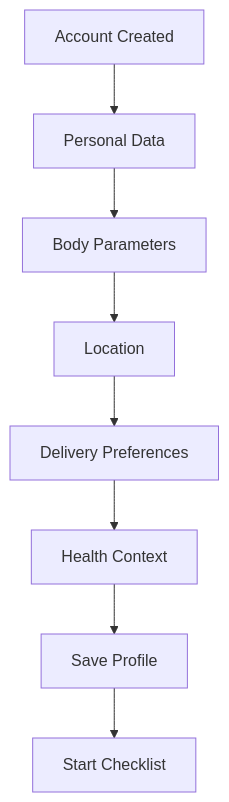
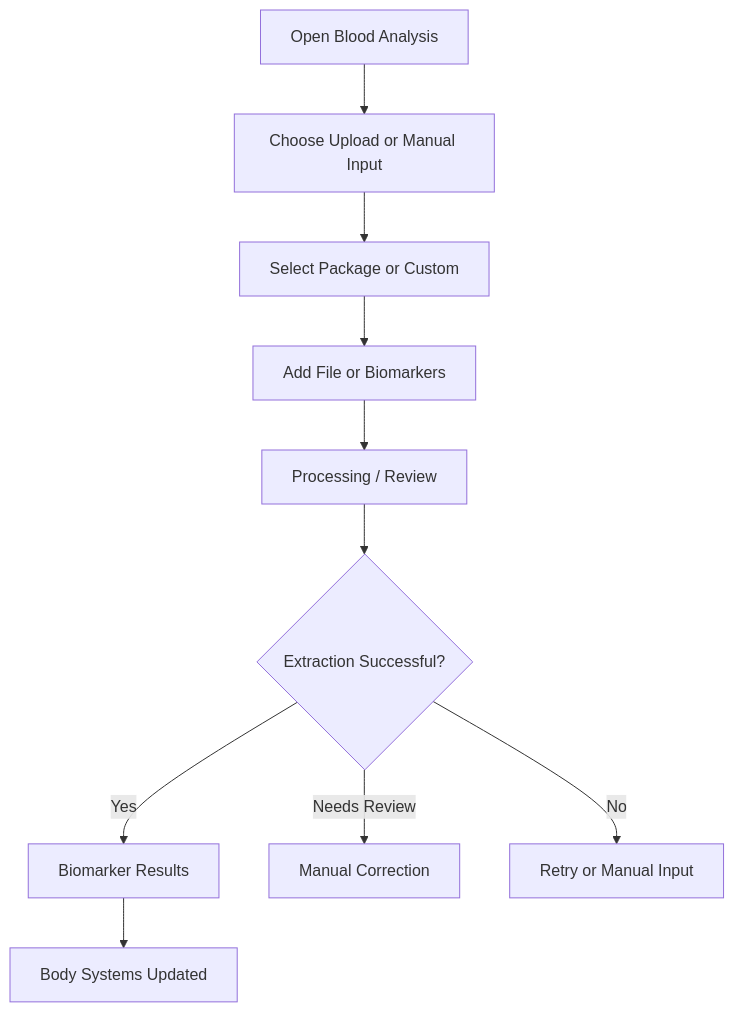
One commit to Yaroslavkukin/HealthCoach changed the fifth of 20 diagrams in docs/USER_FLOW.md. Above: the diagram before and after it, drawn with Mermaid. The commit also changed other lines of this file and 20 other files, not shown here.

````diff
--- a/docs/USER_FLOW.md
+++ b/docs/USER_FLOW.md
@@ -373,10 +212,12 @@
 ```mermaid
 flowchart TD
-    A[Account Created] --> B[Personal Data]
-    B --> C[Body Parameters]
-    C --> D[Location]
-    D --> E[Delivery Preferences]
-    E --> F[Health Context]
-    F --> G[Save Profile]
-    G --> H[Start Checklist]
+    A[Open Blood Analysis] --> B[Choose Upload or Manual Input]
+    B --> C[Select Package or Custom]
+    C --> D[Add File or Biomarkers]
+    D --> E[Processing / Review]
+    E --> F{Extraction Successful?}
+    F -->|Yes| G[Biomarker Results]
+    F -->|Needs Review| H[Manual Correction]
+    F -->|No| I[Retry or Manual Input]
+    G --> J[Body Systems Updated]
 ```
````
